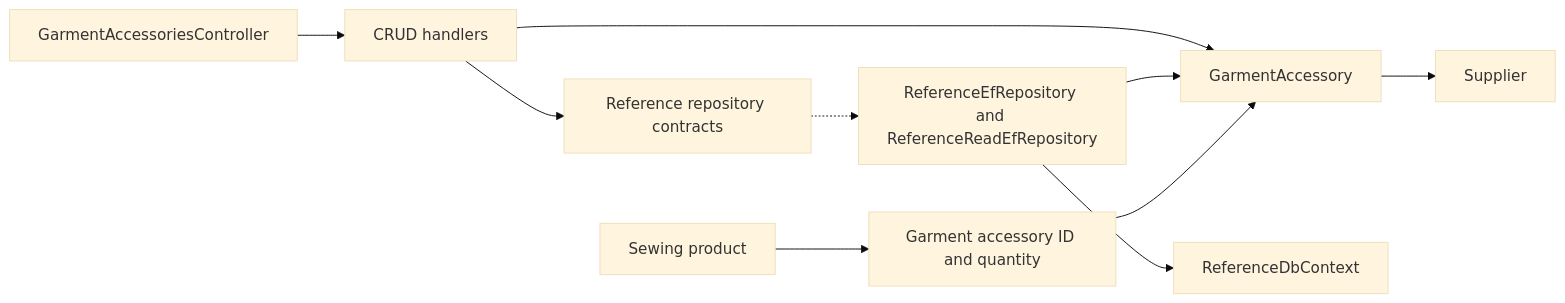
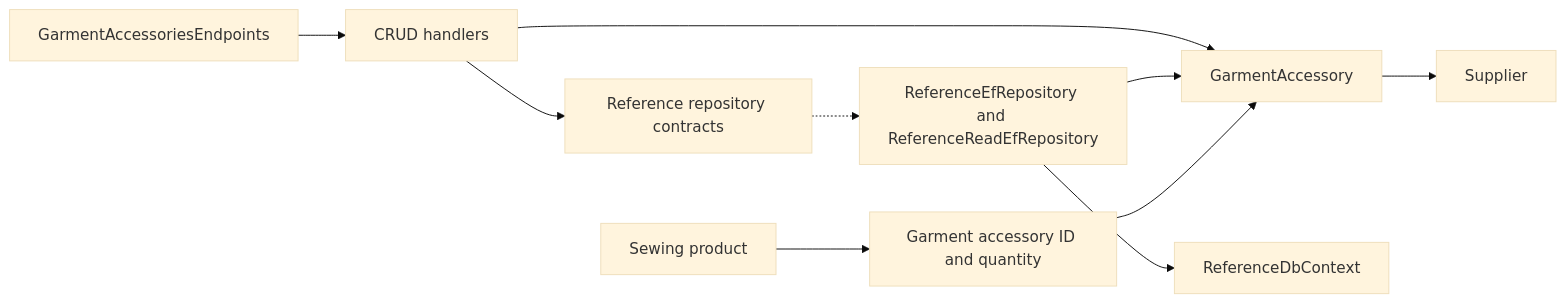
One commit to Weretik/BreviERP changed the diagram in docs/sdd/features/reference/garment-accessories.md. Above: the diagram before and after it, drawn with Mermaid (base theme). The commit also changed other lines of this file and 299 other files, not shown here.

````diff
--- a/docs/sdd/features/reference/garment-accessories.md
+++ b/docs/sdd/features/reference/garment-accessories.md
@@ -34,12 +34,12 @@
 ```mermaid
 flowchart LR
-    A["GarmentAccessoriesController"] --> B["CRUD handlers"]
+    A["GarmentAccessoriesEndpoints"] --> B["CRUD handlers"]
     B --> C["GarmentAccessory"]
     B --> D["Reference repository contracts"]
     D -.-> E["ReferenceEfRepository and ReferenceReadEfRepository"]
     E --> F["ReferenceDbContext"]
     E --> C
     C --> G["Supplier"]
     H["Sewing product"] --> I["Garment accessory ID and quantity"]
     I --> C
 ```
````
